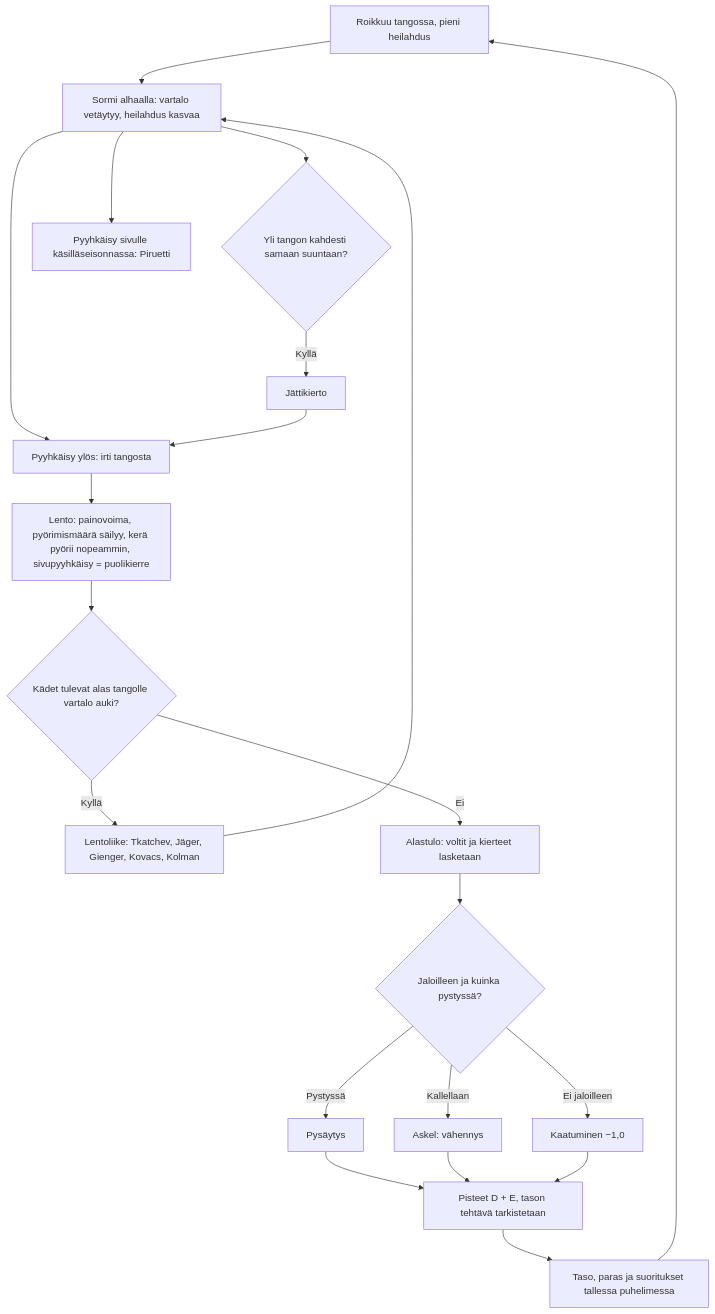
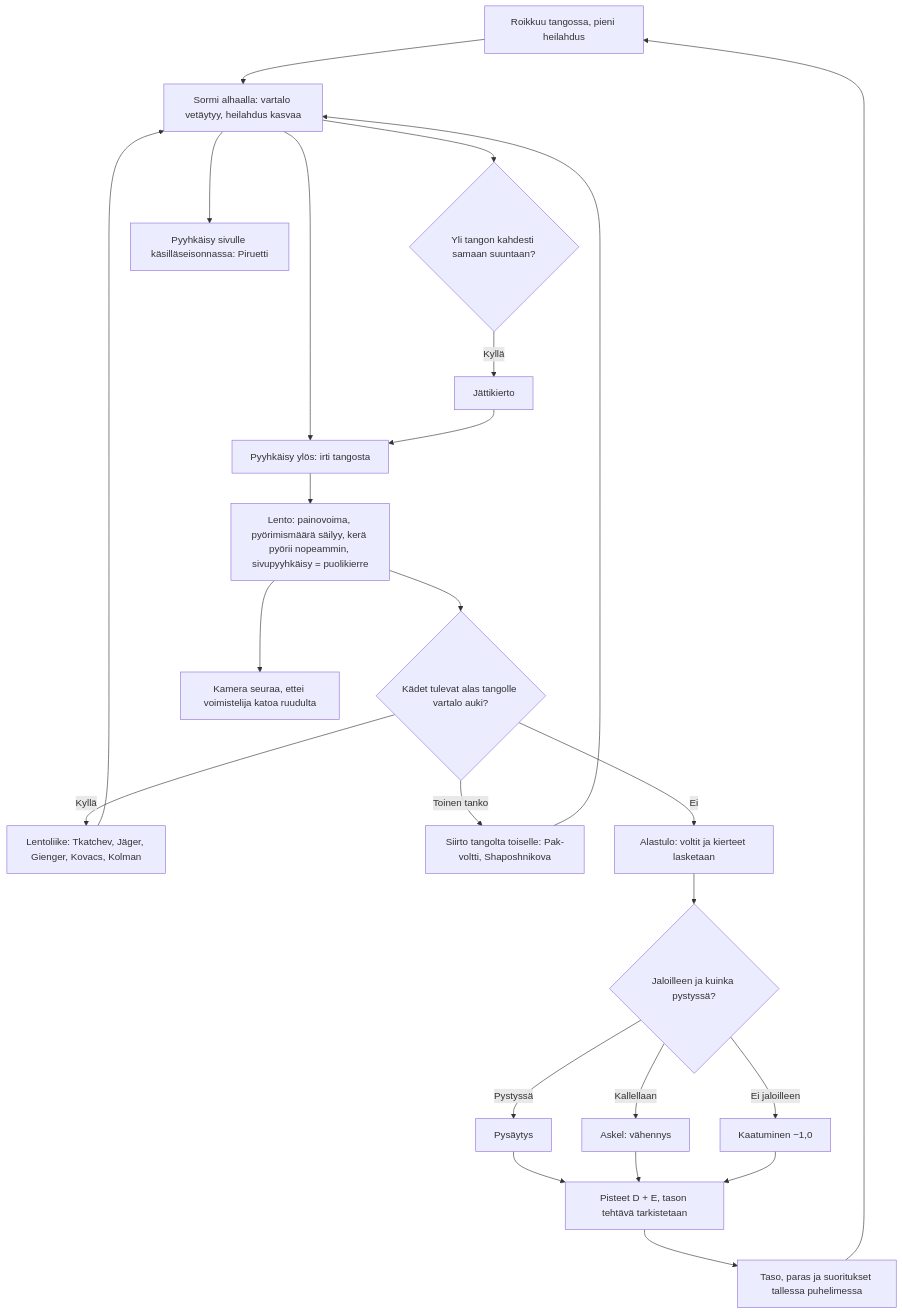
Before and after one commit to eerovil/ai-pelit: the diagram in docs/diagrams/voimistelu.md, drawn with Mermaid. The commit also changed other lines of this file and 3 other files, not shown here.

````diff
--- a/docs/diagrams/voimistelu.md
+++ b/docs/diagrams/voimistelu.md
@@ -10,28 +10,31 @@
 ```mermaid
 flowchart TD
   A[Roikkuu tangossa, pieni heilahdus] --> B[Sormi alhaalla: vartalo vetäytyy, heilahdus kasvaa]
   B --> C{Yli tangon kahdesti samaan suuntaan?}
   C -- Kyllä --> D[Jättikierto]
   B --> P[Pyyhkäisy sivulle käsilläseisonnassa: Piruetti]
   B --> E[Pyyhkäisy ylös: irti tangosta]
   D --> E
   E --> F[Lento: painovoima, pyörimismäärä säilyy, kerä pyörii nopeammin, sivupyyhkäisy = puolikierre]
   F --> G{Kädet tulevat alas tangolle vartalo auki?}
   G -- Kyllä --> H[Lentoliike: Tkatchev, Jäger, Gienger, Kovacs, Kolman]
+  G -- Toinen tanko --> Q[Siirto tangolta toiselle: Pak-voltti, Shaposhnikova]
   H --> B
+  Q --> B
+  F --> R[Kamera seuraa, ettei voimistelija katoa ruudulta]
   G -- Ei --> I[Alastulo: voltit ja kierteet lasketaan]
   I --> J{Jaloilleen ja kuinka pystyssä?}
   J -- Pystyssä --> K[Pysäytys]
   J -- Kallellaan --> L[Askel: vähennys]
   J -- Ei jaloilleen --> M[Kaatuminen −1,0]
   K --> N[Pisteet D + E, tason tehtävä tarkistetaan]
   L --> N
   M --> N
   N --> O[Taso, paras ja suoritukset tallessa puhelimessa]
   O --> A
   class A,B,E,P blue
   class C,G,J amber
-  class F teal
-  class D,H,I,K,N,O green
+  class F,R teal
+  class D,H,I,K,N,O,Q green
   class L,M rose
 ```
````
